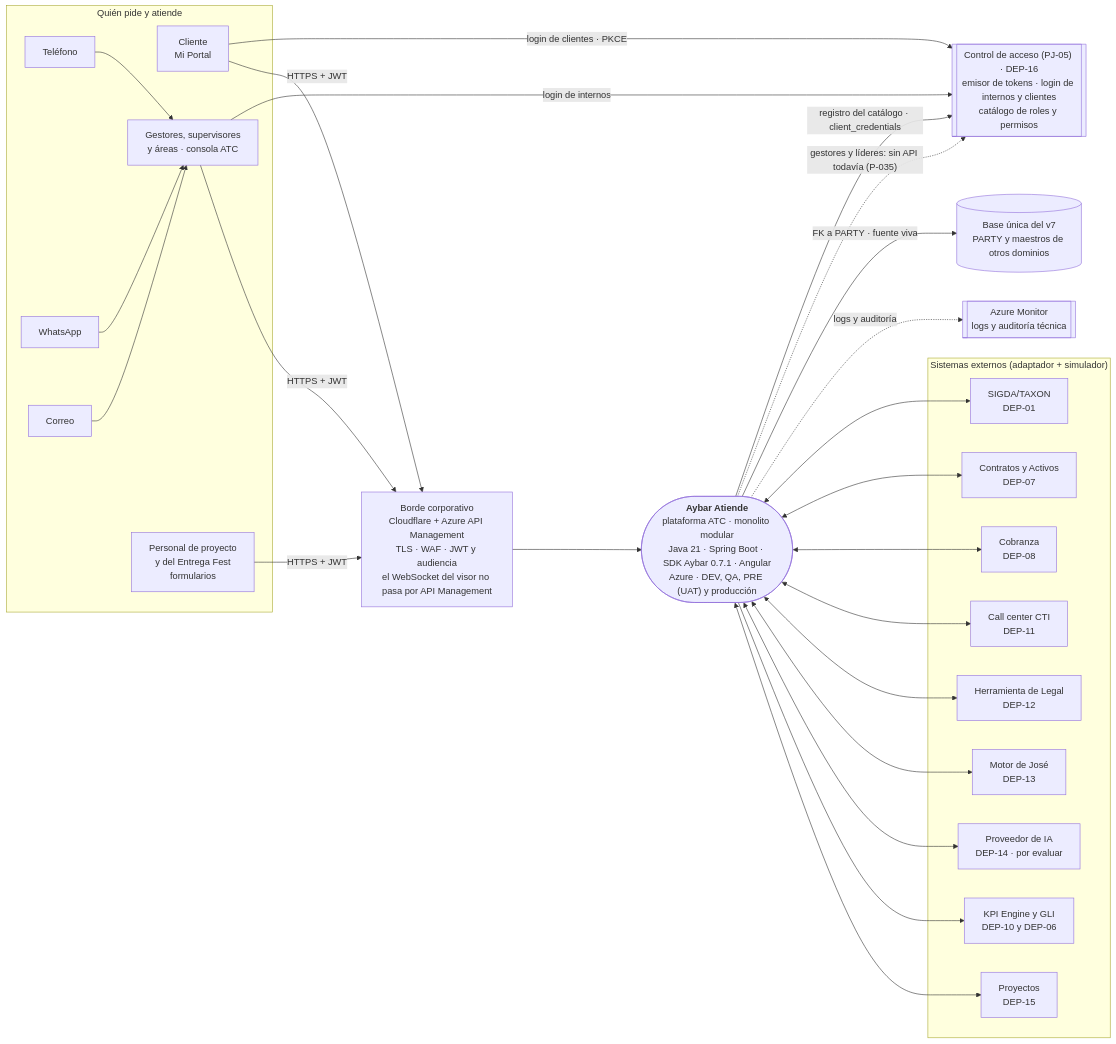
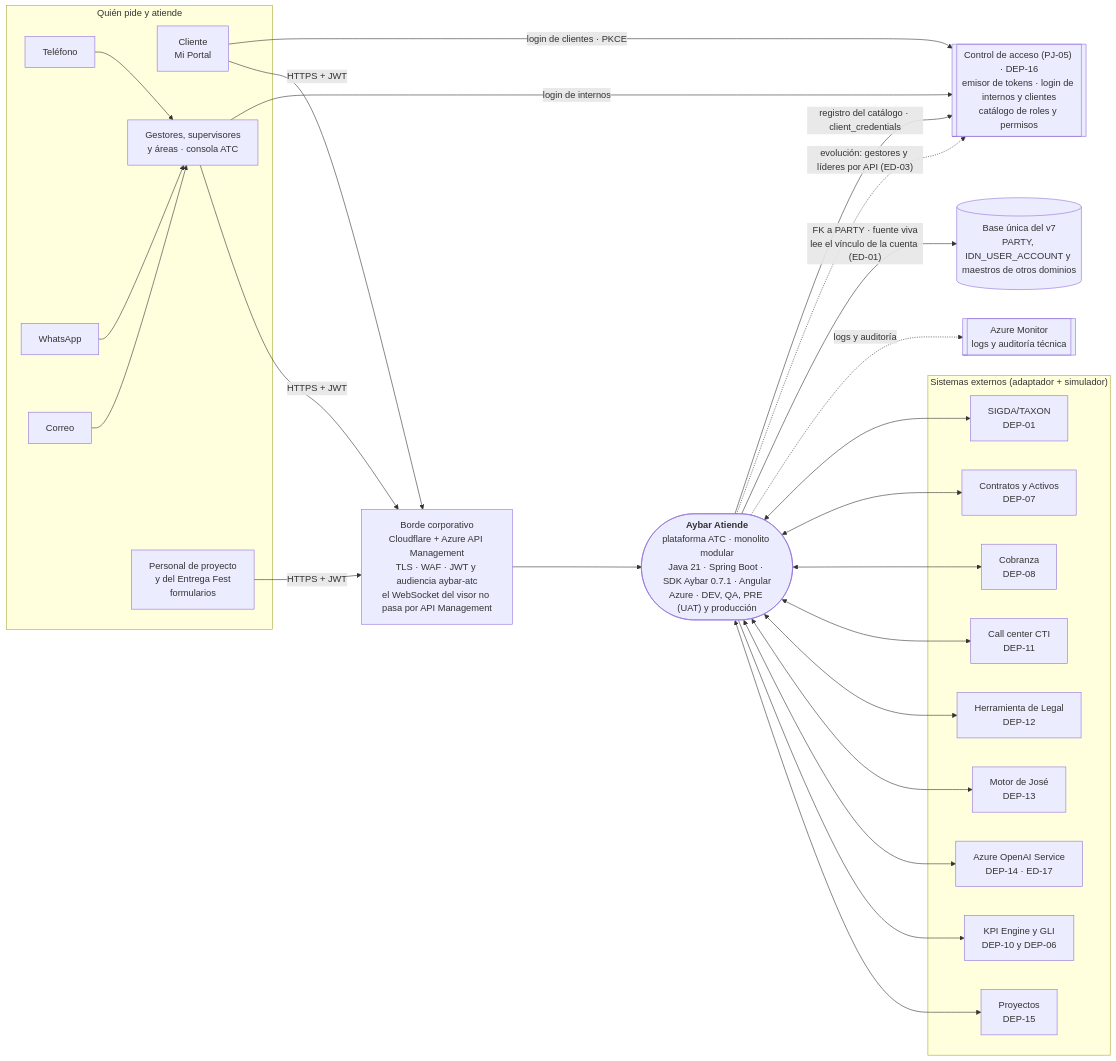
One commit to michel-poma-huachihuaco/tyc-mockup changed the first of 5 diagrams in propuesta-po/documentacion/paquete-definir-etapa1-v1.3/arquitectura/diagrama-arquitectura.md. Above: the diagram before and after it, drawn with Mermaid. The commit also changed other lines of this file and 69 other files, not shown here.

````diff
--- a/propuesta-po/documentacion/paquete-definir-etapa1-v1.3/arquitectura/diagrama-arquitectura.md
+++ b/propuesta-po/documentacion/paquete-definir-etapa1-v1.3/arquitectura/diagrama-arquitectura.md
@@ -32,49 +32,49 @@
 ```mermaid
 flowchart LR
   subgraph Quien["Quién pide y atiende"]
     tel[Teléfono]
     wa[WhatsApp]
     mail[Correo]
     cli[Cliente<br/>Mi Portal]
     ges[Gestores, supervisores<br/>y áreas · consola ATC]
     obra[Personal de proyecto<br/>y del Entrega Fest<br/>formularios]
   end
-  borde["Borde corporativo<br/>Cloudflare + Azure API Management<br/>TLS · WAF · JWT y audiencia<br/>el WebSocket del visor no pasa por API Management"]
+  borde["Borde corporativo<br/>Cloudflare + Azure API Management<br/>TLS · WAF · JWT y audiencia aybar-atc<br/>el WebSocket del visor no pasa por API Management"]
   atc(["<b>Aybar Atiende</b><br/>plataforma ATC · monolito modular<br/>Java 21 · Spring Boot · SDK Aybar 0.7.1 · Angular<br/>Azure · DEV, QA, PRE (UAT) y producción"])
   ctrl[["Control de acceso (PJ-05) · DEP-16<br/>emisor de tokens · login de internos y clientes<br/>catálogo de roles y permisos"]]
-  base[("Base única del v7<br/>PARTY y maestros de otros dominios")]
+  base[("Base única del v7<br/>PARTY, IDN_USER_ACCOUNT y maestros de otros dominios")]
   mon[["Azure Monitor<br/>logs y auditoría técnica"]]
   subgraph Ext["Sistemas externos (adaptador + simulador)"]
     sigda[SIGDA/TAXON<br/>DEP-01]
     con[Contratos y Activos<br/>DEP-07]
     cob[Cobranza<br/>DEP-08]
     cti[Call center CTI<br/>DEP-11]
     leg[Herramienta de Legal<br/>DEP-12]
     jose[Motor de José<br/>DEP-13]
-    ia[Proveedor de IA<br/>DEP-14 · por evaluar]
+    ia[Azure OpenAI Service<br/>DEP-14 · ED-17]
     kpi[KPI Engine y GLI<br/>DEP-10 y DEP-06]
     proy[Proyectos<br/>DEP-15]
   end
   cli -- "login de clientes · PKCE" --> ctrl
   ges -- "login de internos" --> ctrl
   cli -- "HTTPS + JWT" --> borde
   ges -- "HTTPS + JWT" --> borde
   obra -- "HTTPS + JWT" --> borde
   borde --> atc
   tel --> ges
   wa --> ges
   mail --> ges
   atc -- "registro del catálogo · client_credentials" --> ctrl
-  atc -. "gestores y líderes: sin API todavía (P-035)" .-> ctrl
-  atc -- "FK a PARTY · fuente viva" --> base
+  atc -. "evolución: gestores y líderes por API (ED-03)" .-> ctrl
+  atc -- "FK a PARTY · fuente viva<br/>lee el vínculo de la cuenta (ED-01)" --> base
   atc -. "logs y auditoría" .-> mon
   atc <--> sigda
   atc <--> con
   atc <--> cob
   atc <--> cti
   atc <--> leg
   atc <--> jose
   atc <--> ia
   atc --> kpi
   atc <--> proy
 ```
````
